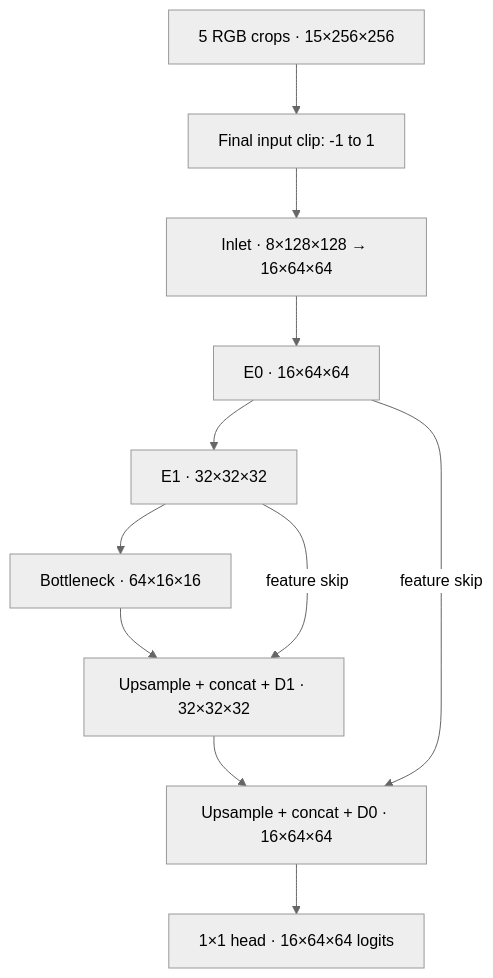
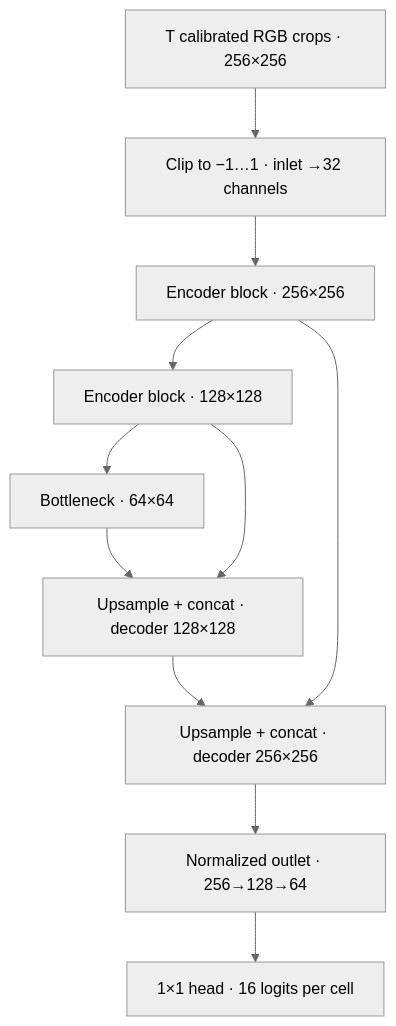
The first of 2 diagrams in docs/OPTICAL_DECODER.md (magnux/neural_cryptography), drawn with Mermaid (neutral theme) before and after one commit. The commit also changed other lines of this file and 17 other files, not shown here.

````diff
--- a/docs/OPTICAL_DECODER.md
+++ b/docs/OPTICAL_DECODER.md
@@ -73,13 +64,13 @@
 ```mermaid
 flowchart TD
-  I["5 RGB crops · 15×256×256"] --> C["Final input clip: -1 to 1"]
-  C --> S["Inlet · 8×128×128 → 16×64×64"]
-  S --> E0["E0 · 16×64×64"]
-  E0 --> E1["E1 · 32×32×32"]
-  E1 --> B["Bottleneck · 64×16×16"]
-  B --> D1["Upsample + concat + D1 · 32×32×32"]
-  E1 -->|feature skip| D1
-  D1 --> D0["Upsample + concat + D0 · 16×64×64"]
-  E0 -->|feature skip| D0
-  D0 --> H["1×1 head · 16×64×64 logits"]
+  I["T calibrated RGB crops · 256×256"] --> N["Clip to −1…1 · inlet →32 channels"]
+  N --> E0["Encoder block · 256×256"]
+  E0 --> E1["Encoder block · 128×128"]
+  E1 --> B["Bottleneck · 64×64"]
+  B --> D1["Upsample + concat · decoder 128×128"]
+  E1 --> D1
+  D1 --> D0["Upsample + concat · decoder 256×256"]
+  E0 --> D0
+  D0 --> O["Normalized outlet · 256→128→64"]
+  O --> H["1×1 head · 16 logits per cell"]
 ```
````
